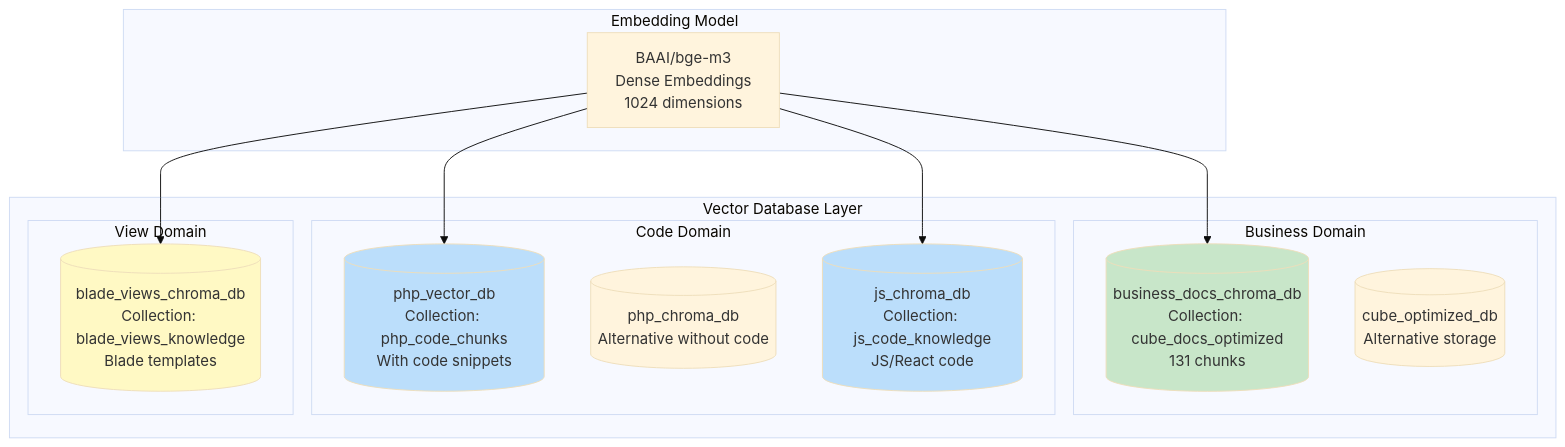
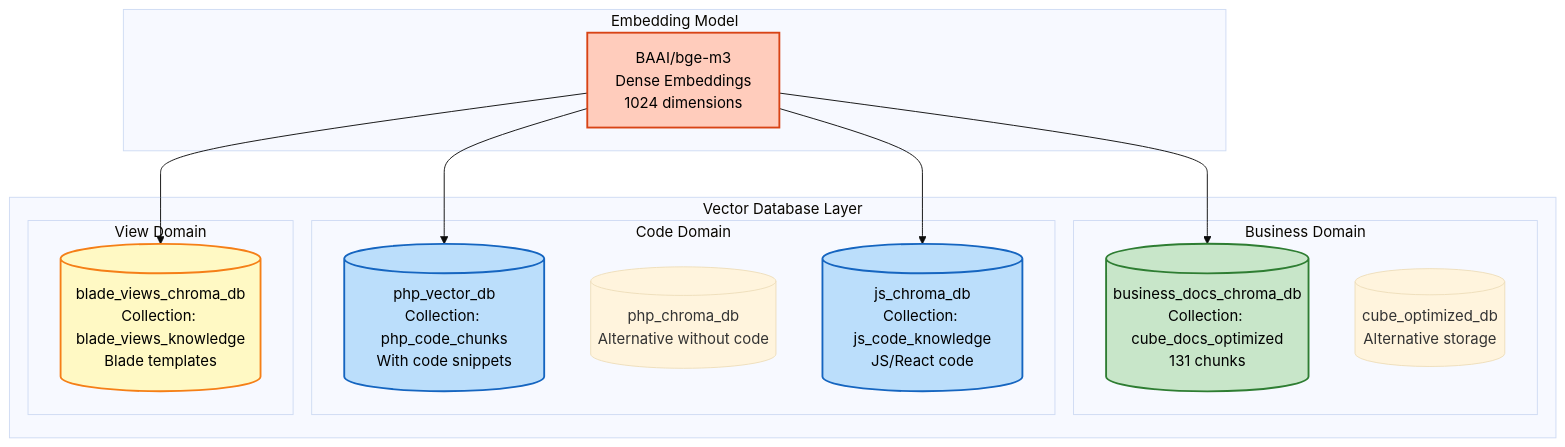
The seventh of 17 diagrams in README.md (yash-ganatra/Banking-knowledgeAssistance), drawn with Mermaid (base theme) before and after one commit. The commit also changed other lines of this file, not shown here.

````diff
--- a/README.md
+++ b/README.md
@@ -1029,33 +1029,34 @@
 ```mermaid
 graph TB
     subgraph "Vector Database Layer"
         subgraph "Business Domain"
             VDB1[(business_docs_chroma_db<br/>Collection: cube_docs_optimized<br/>131 chunks)]
             VDB1A[(cube_optimized_db<br/>Alternative storage)]
         end
         
         subgraph "Code Domain"
             VDB2[(php_vector_db<br/>Collection: php_code_chunks<br/>With code snippets)]
             VDB2A[(php_chroma_db<br/>Alternative without code)]
             VDB3[(js_chroma_db<br/>Collection: js_code_knowledge<br/>JS/React code)]
         end
         
         subgraph "View Domain"
             VDB4[(blade_views_chroma_db<br/>Collection: blade_views_knowledge<br/>Blade templates)]
         end
     end
     
     subgraph "Embedding Model"
         BGE[BAAI/bge-m3<br/>Dense Embeddings<br/>1024 dimensions]
     end
     
     BGE --> VDB1
     BGE --> VDB2
     BGE --> VDB3
     BGE --> VDB4
     
-    style VDB1 fill:#c8e6c9
-    style VDB2 fill:#bbdefb
-    style VDB3 fill:#bbdefb
-    style VDB4 fill:#fff9c4
+    style VDB1 fill:#c8e6c9,stroke:#2e7d32,stroke-width:2px,color:#000
+    style VDB2 fill:#bbdefb,stroke:#1565c0,stroke-width:2px,color:#000
+    style VDB3 fill:#bbdefb,stroke:#1565c0,stroke-width:2px,color:#000
+    style VDB4 fill:#fff9c4,stroke:#f57f17,stroke-width:2px,color:#000
+    style BGE fill:#ffccbc,stroke:#d84315,stroke-width:2px,color:#000
 ```
````
